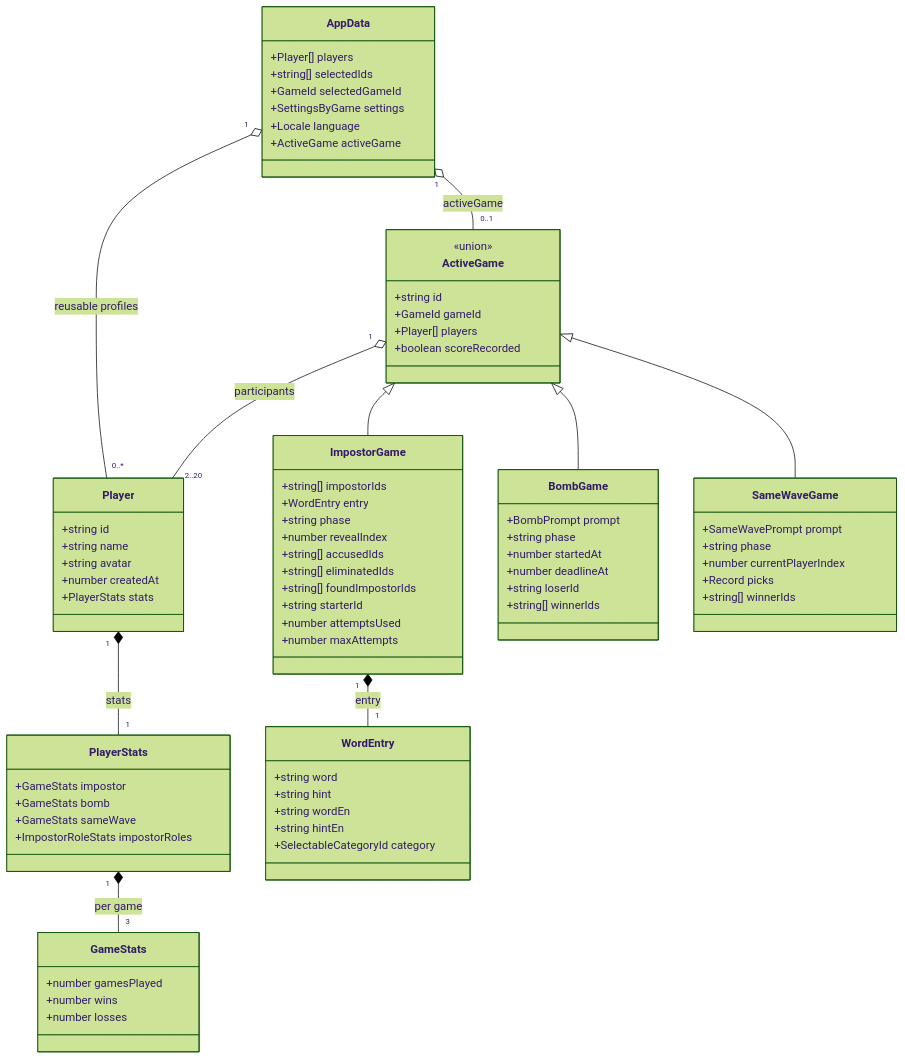
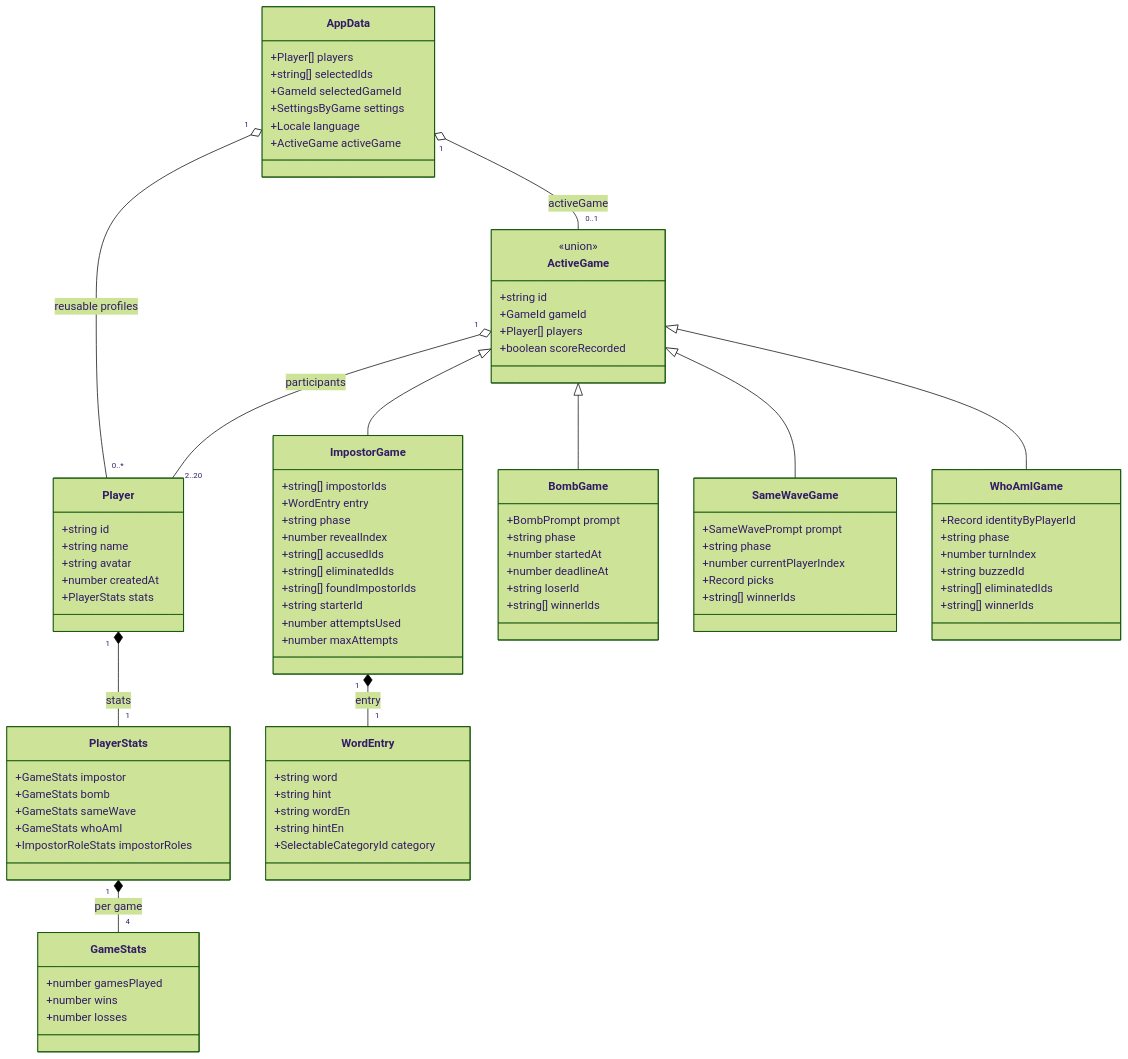
The diagram in kb/indexeddb.md (LucaSforza/ImpostorGame), drawn with Mermaid (forest theme) before and after one commit. The commit also changed other lines of this file and 22 other files, not shown here.

Commit message:
feat: add Who Am I game

````diff
--- a/kb/indexeddb.md
+++ b/kb/indexeddb.md
@@ -35,6 +35,7 @@
     +GameStats impostor
     +GameStats bomb
     +GameStats sameWave
+    +GameStats whoAmI
     +ImpostorRoleStats impostorRoles
   }
   class GameStats {
@@ -76,6 +77,14 @@
     +Record picks
     +string[] winnerIds
   }
+  class WhoAmIGame {
+    +Record identityByPlayerId
+    +string phase
+    +number turnIndex
+    +string buzzedId
+    +string[] eliminatedIds
+    +string[] winnerIds
+  }
   class WordEntry {
     +string word
     +string hint
@@ -85,11 +94,12 @@
   }
   AppData "1" o-- "0..*" Player : reusable profiles
   Player "1" *-- "1" PlayerStats : stats
-  PlayerStats "1" *-- "3" GameStats : per game
+  PlayerStats "1" *-- "4" GameStats : per game
   AppData "1" o-- "0..1" ActiveGame : activeGame
   ActiveGame <|-- ImpostorGame
   ActiveGame <|-- BombGame
   ActiveGame <|-- SameWaveGame
+  ActiveGame <|-- WhoAmIGame
   ActiveGame "1" o-- "2..20" Player : participants
   ImpostorGame "1" *-- "1" WordEntry : entry
 ```
````
